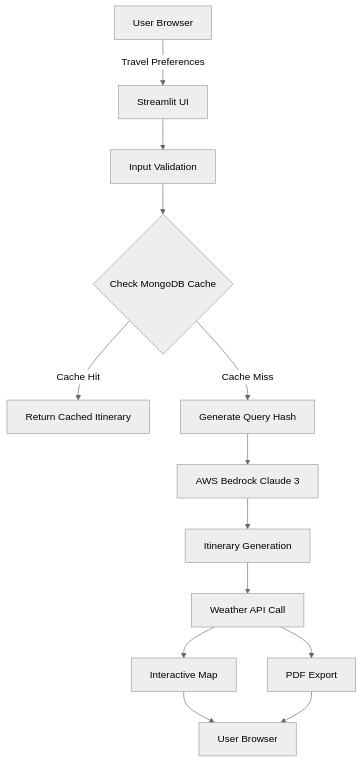
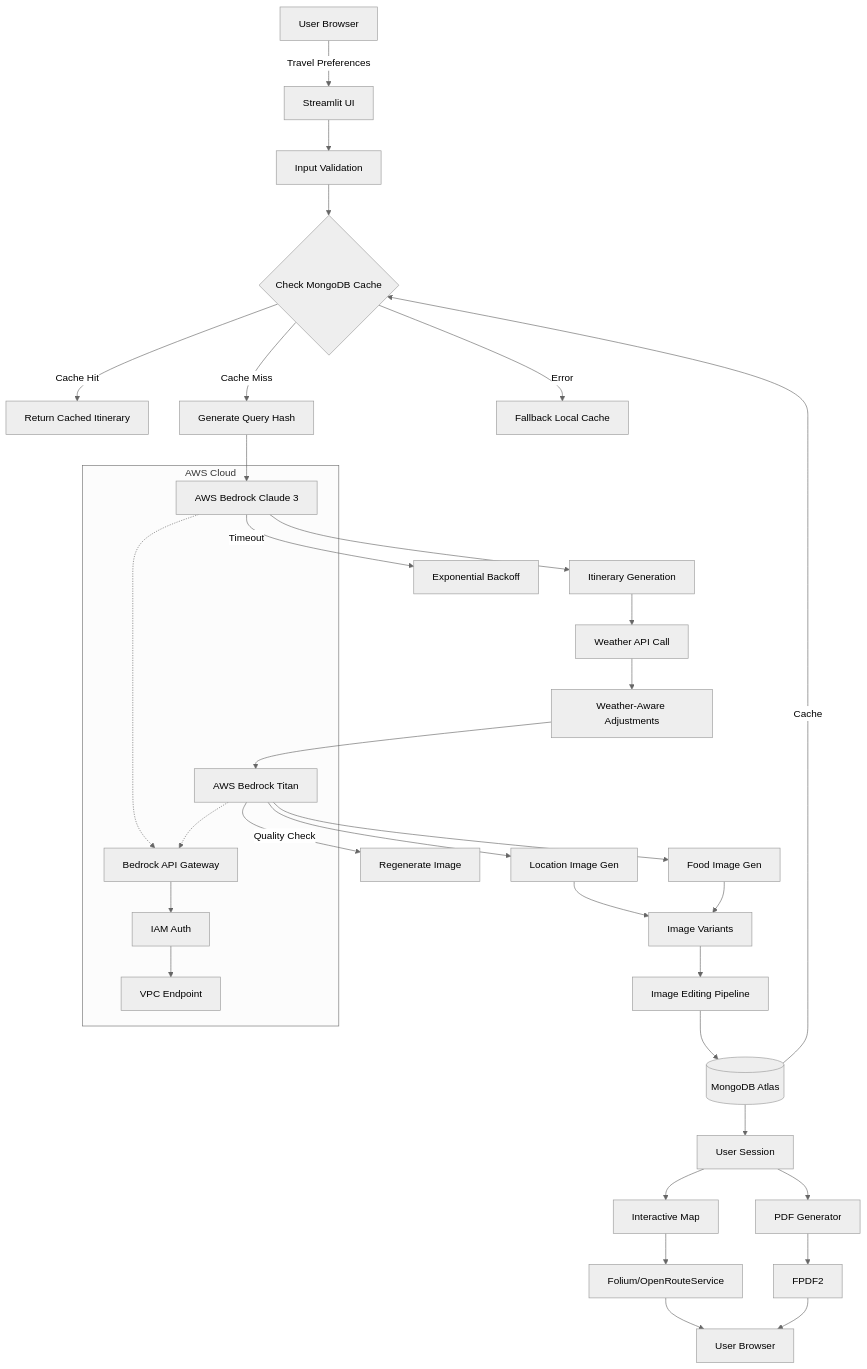
Before and after one commit to miqbal303/triptales-genai-aws-bedrock: the first of 2 diagrams in README.md, drawn with Mermaid (neutral theme). The commit also changed other lines of this file, not shown here.

Commit message:
Add Diagram

````diff
--- a/README.md
+++ b/README.md
@@ -32,20 +32,50 @@
 ```mermaid
+%% Complete TripTales Architecture Flow
 flowchart TD
     %% ========== User Input Section ==========
     A[User Browser] -->|Travel Preferences| B[Streamlit UI]
     B --> C[Input Validation]
     
     %% ========== Backend Processing ==========
     C --> D{Check MongoDB Cache}
     D -->|Cache Hit| E[Return Cached Itinerary]
     D -->|Cache Miss| F[Generate Query Hash]
     F --> G[AWS Bedrock Claude 3]
     G --> H[Itinerary Generation]
     H --> I[Weather API Call]
+    I --> J[Weather-Aware Adjustments]
+    
+    %% ========== Image Generation Flow ==========
+    J --> K[AWS Bedrock Titan]
+    K --> L[Location Image Gen]
+    K --> M[Food Image Gen]
+    L --> N[Image Variants]
+    M --> N
+    N --> O[Image Editing Pipeline]
+    
+    %% ========== Data Storage ==========
+    O --> P[(MongoDB Atlas)]
+    P -->|Cache| D
+    P --> Q[User Session]
     
     %% ========== Output Delivery ==========
-    I --> J[Interactive Map]
-    I --> K[PDF Export]
-    J --> L[User Browser]
-    K --> L
+    Q --> R[Interactive Map]
+    Q --> S[PDF Generator]
+    R --> T[Folium/OpenRouteService]
+    S --> U[FPDF2]
+    T --> V[User Browser]
+    U --> V
+    
+    %% ========== AWS Services Integration ==========
+    subgraph AWS Cloud
+        G -.-> X[Bedrock API Gateway]
+        K -.-> X
+        X --> Y[IAM Auth]
+        Y --> Z[VPC Endpoint]
+    end
+    
+    %% ========== Error Handling Paths ==========
+    D -->|Error| Error[Fallback Local Cache]
+    G -->|Timeout| Retry[Exponential Backoff]
+    K -->|Quality Check| Regen[Regenerate Image]
 ```
````
